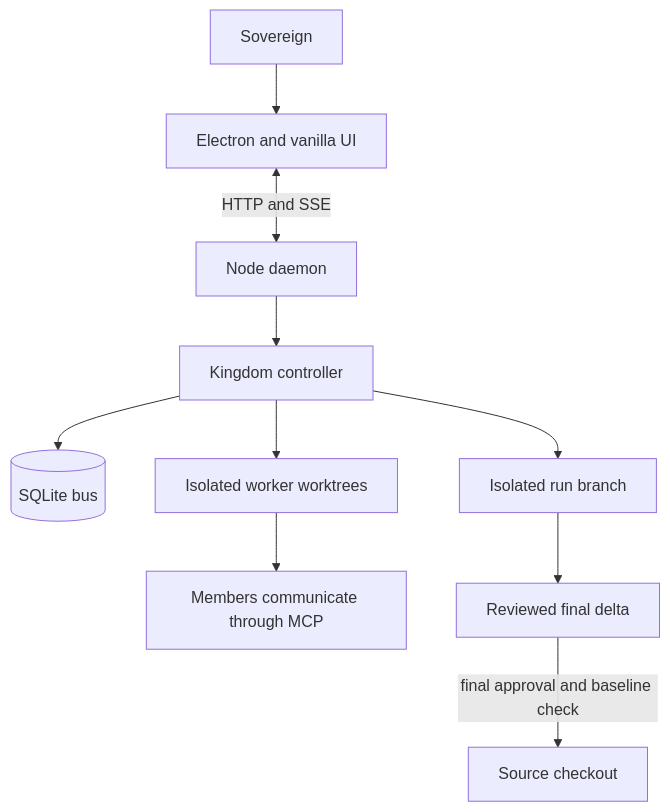
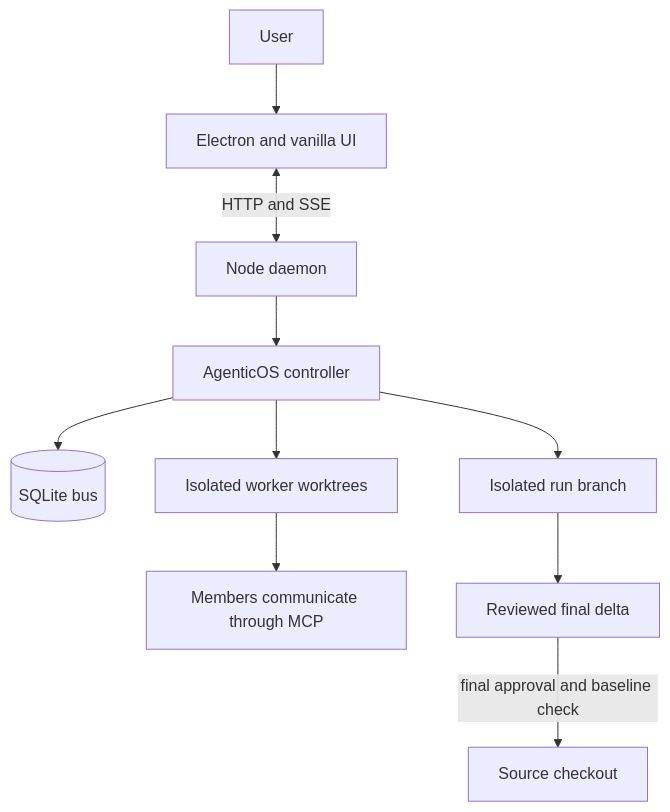
Before and after one commit to LegendUnknown11/agentic-os: the first of 2 diagrams in HANDOFF.md, drawn with Mermaid. The commit also changed other lines of this file and 223 other files, not shown here.

````diff
--- a/HANDOFF.md
+++ b/HANDOFF.md
@@ -418,12 +525,12 @@
 ```mermaid
 flowchart TD
-  U[Sovereign] --> UI[Electron and vanilla UI]
+  U[User] --> UI[Electron and vanilla UI]
   UI <-->|HTTP and SSE| D[Node daemon]
-  D --> K[Kingdom controller]
+  D --> K[AgenticOS controller]
   K --> B[(SQLite bus)]
   K --> W[Isolated worker worktrees]
   W --> M[Members communicate through MCP]
   K --> R[Isolated run branch]
   R --> F[Reviewed final delta]
   F -->|final approval and baseline check| S[Source checkout]
 ```
````
